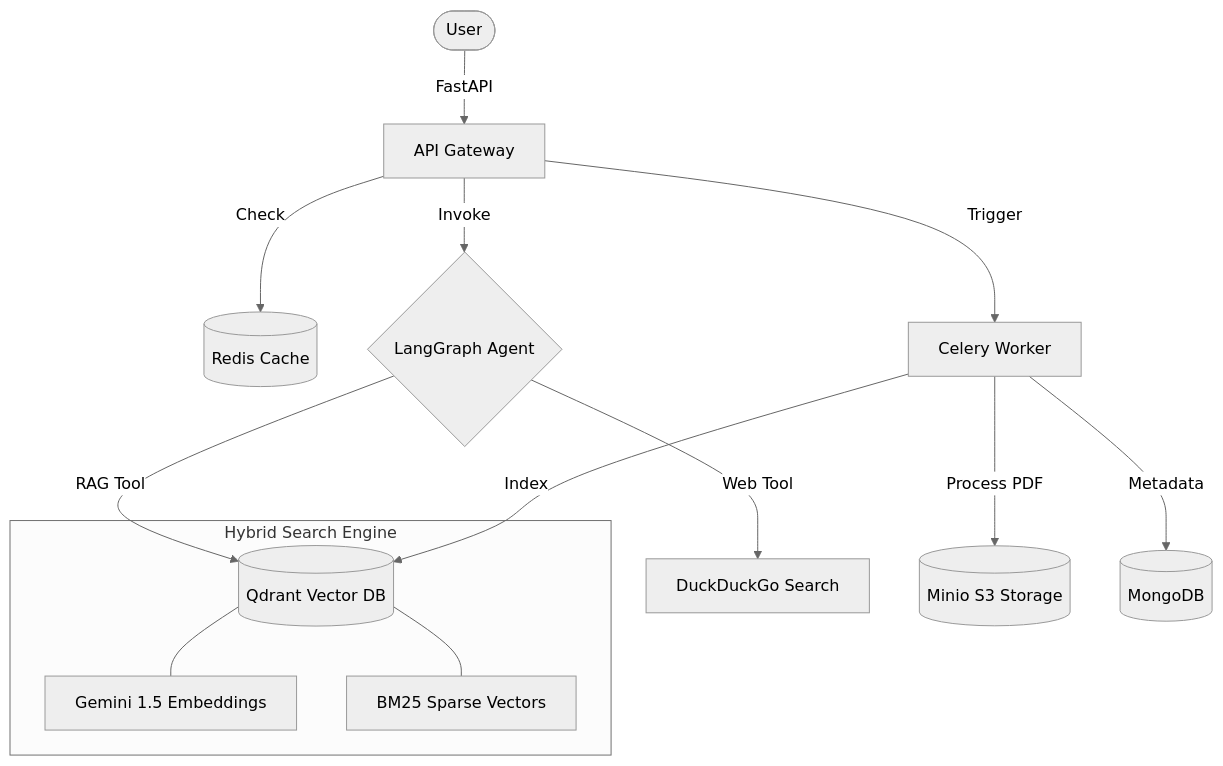
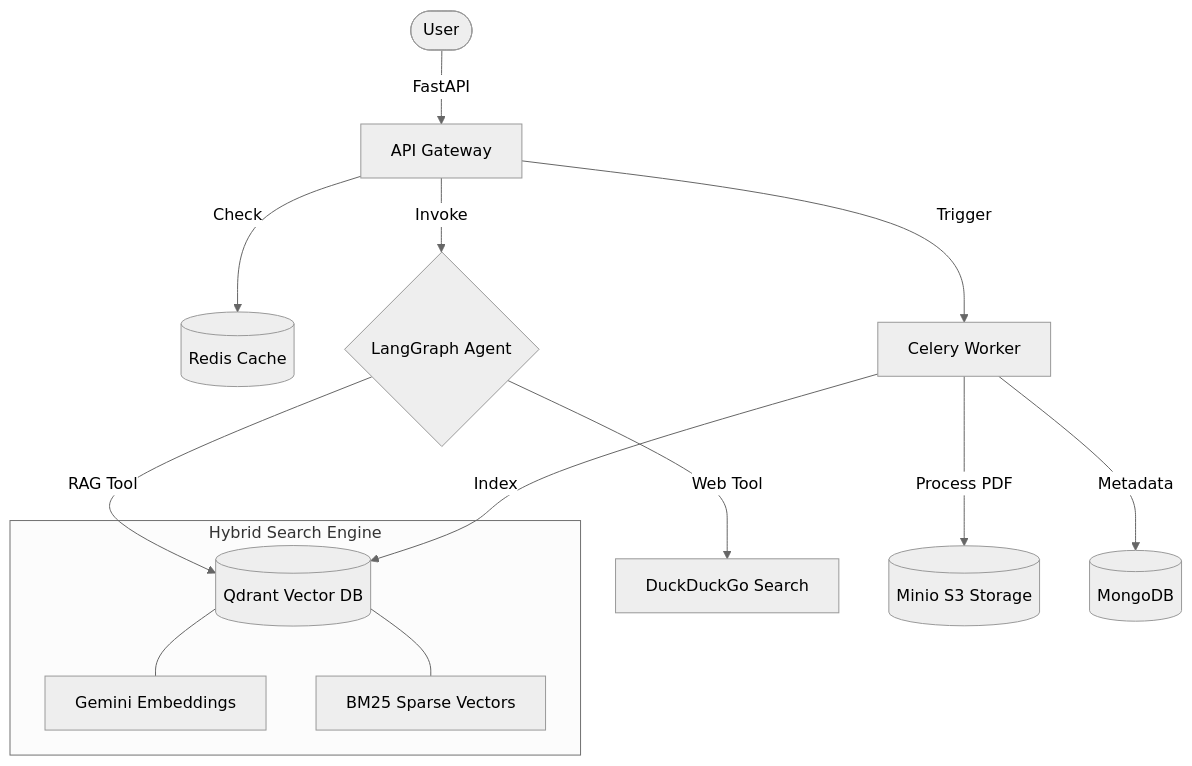
Before and after one commit to MT121201/manualmind: the diagram in README.md, drawn with Mermaid (neutral theme).

````diff
--- a/README.md
+++ b/README.md
@@ -24,19 +24,19 @@
 ```mermaid
 graph TD
     User([User]) -->|FastAPI| API[API Gateway]
     API -->|Check| Cache[(Redis Cache)]
     API -->|Trigger| Worker[Celery Worker]
     API -->|Invoke| Agent{LangGraph Agent}
     
     Agent -->|RAG Tool| Qdrant[(Qdrant Vector DB)]
     Agent -->|Web Tool| DDG[DuckDuckGo Search]
     
     Worker -->|Process PDF| MinIO[(Minio S3 Storage)]
     Worker -->|Index| Qdrant
     Worker -->|Metadata| Mongo[(MongoDB)]
     
     subgraph "Hybrid Search Engine"
-        Qdrant --- Dense[Gemini 1.5 Embeddings]
+        Qdrant --- Dense[Gemini Embeddings]
         Qdrant --- Sparse[BM25 Sparse Vectors]
     end
 ```
````
